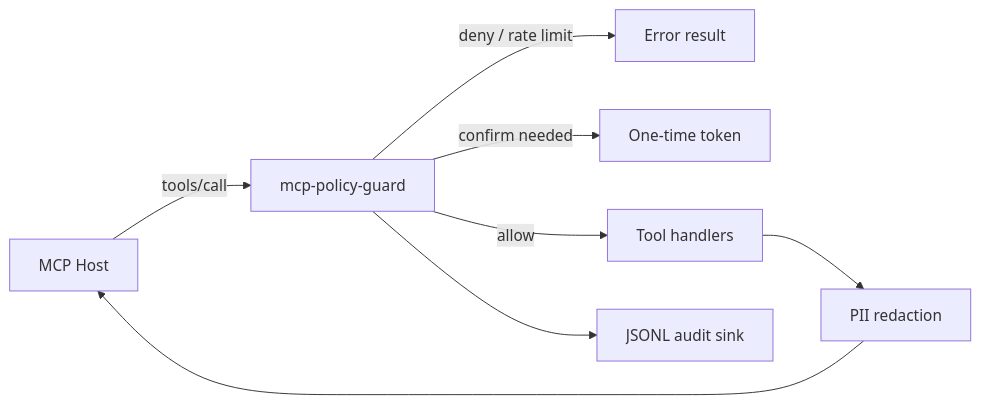
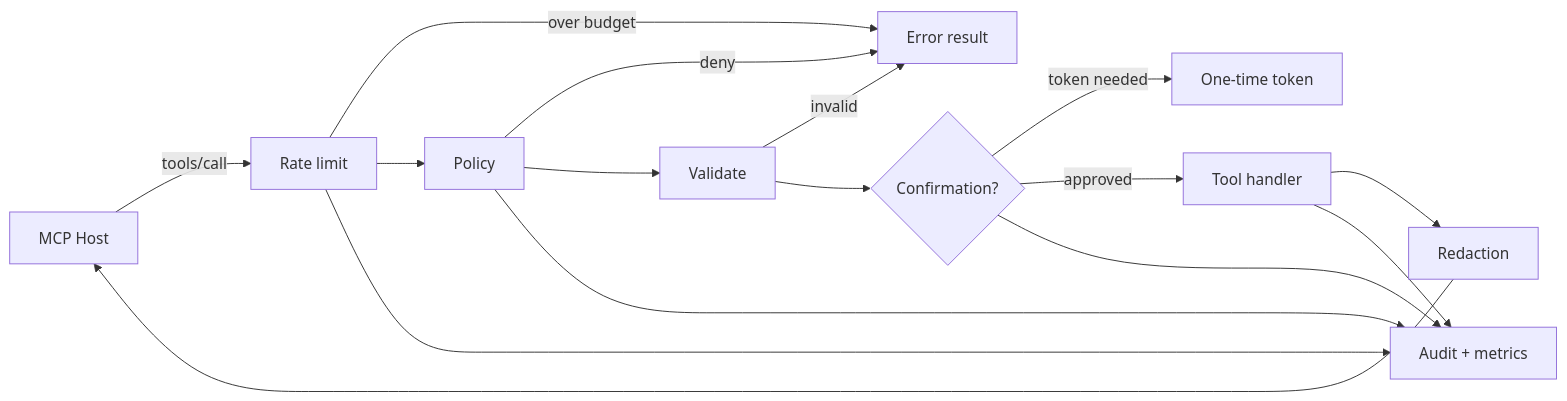
One commit to mughalhere/mcp-policy-guard changed the diagram in README.md. Above: the diagram before and after it, drawn with Mermaid. The commit also changed other lines of this file and 10 other files, not shown here.

````diff
--- a/README.md
+++ b/README.md
@@ -48,10 +363,18 @@
 ```mermaid
 flowchart LR
-  Host[MCP Host] -->|tools/call| Guard[mcp-policy-guard]
-  Guard -->|deny / rate limit| Reject[Error result]
-  Guard -->|confirm needed| Token[One-time token]
-  Guard -->|allow| Tools[Tool handlers]
-  Tools --> Redact[PII redaction]
+  Host[MCP Host] -->|tools/call| RL[Rate limit]
+  RL -->|over budget| Err[Error result]
+  RL --> Pol[Policy]
+  Pol -->|deny| Err
+  Pol --> Val[Validate]
+  Val -->|invalid| Err
+  Val --> Conf{Confirmation?}
+  Conf -->|token needed| Token[One-time token]
+  Conf -->|approved| Tools[Tool handler]
+  Tools --> Redact[Redaction]
   Redact --> Host
-  Guard --> Audit[JSONL audit sink]
+  RL --> Audit[Audit + metrics]
+  Pol --> Audit
+  Conf --> Audit
+  Tools --> Audit
 ```
````
